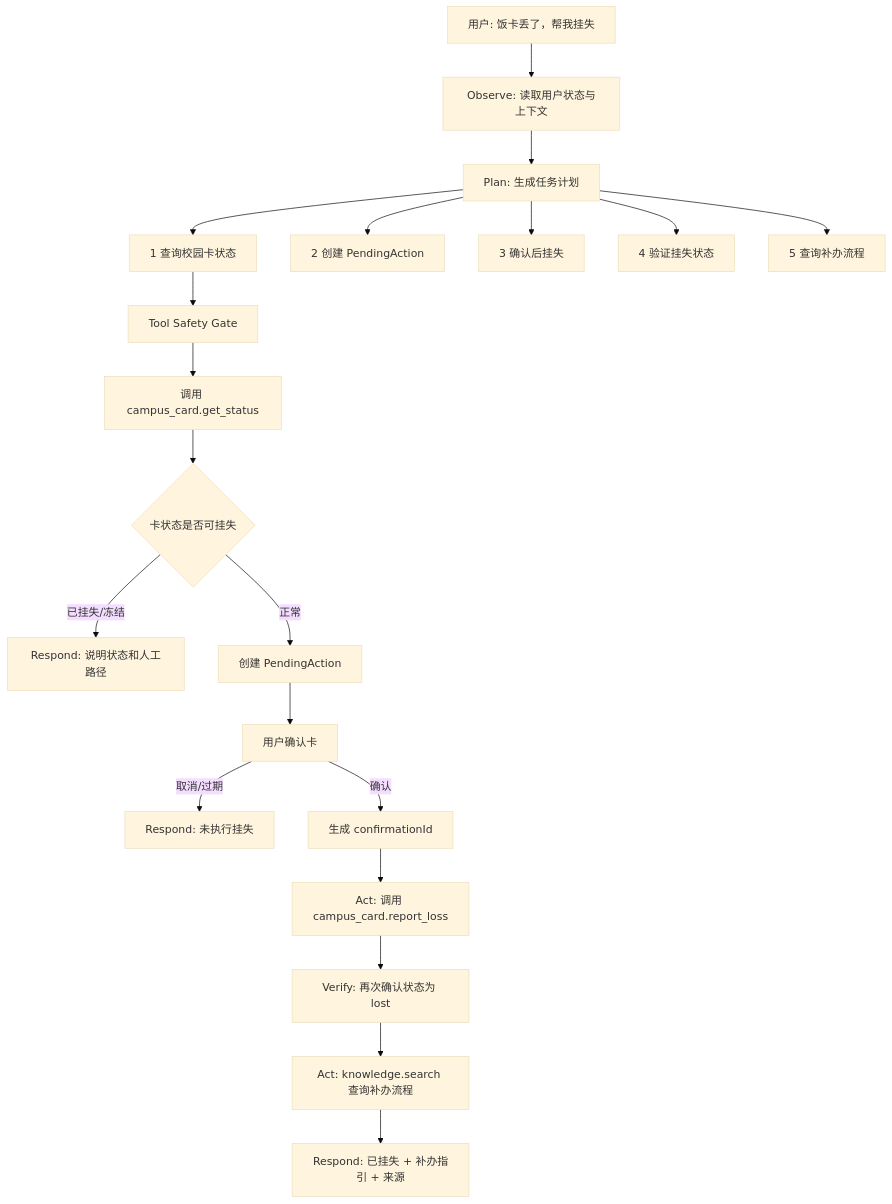
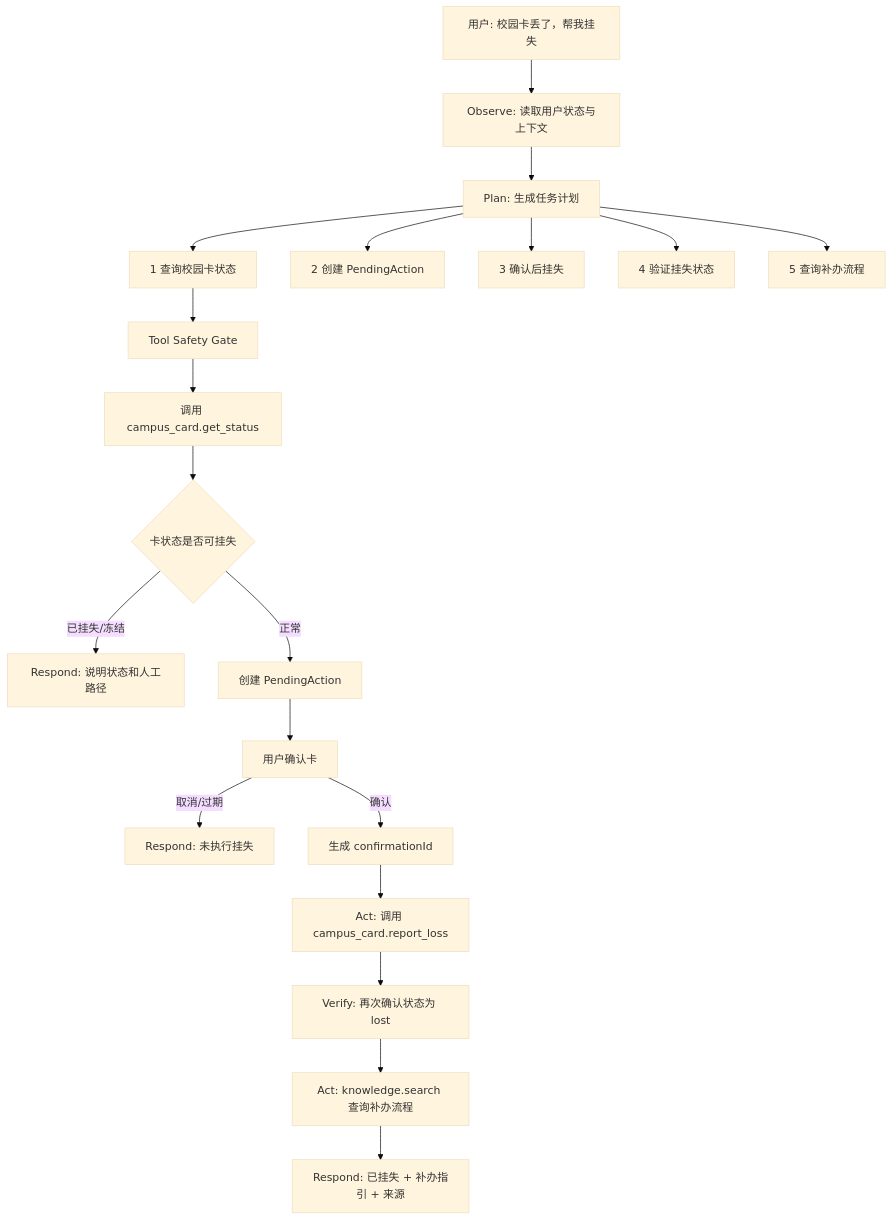
One commit to sotice/campus--agent changed the first of 3 diagrams in docs/PRD.md. Above: the diagram before and after it, drawn with Mermaid (base theme). The commit also changed other lines of this file and 7 other files, not shown here.

````diff
--- a/docs/PRD.md
+++ b/docs/PRD.md
@@ -196,23 +196,23 @@
 ```mermaid
 flowchart TD
-    A[用户: 饭卡丢了，帮我挂失] --> B[Observe: 读取用户状态与上下文]
+    A[用户: 校园卡丢了，帮我挂失] --> B[Observe: 读取用户状态与上下文]
     B --> C[Plan: 生成任务计划]
     C --> C1[1 查询校园卡状态]
     C --> C2[2 创建 PendingAction]
     C --> C3[3 确认后挂失]
     C --> C4[4 验证挂失状态]
     C --> C5[5 查询补办流程]
 
     C1 --> D[Tool Safety Gate]
     D --> E[调用 campus_card.get_status]
     E --> F{卡状态是否可挂失}
     F -- 已挂失/冻结 --> G[Respond: 说明状态和人工路径]
     F -- 正常 --> H[创建 PendingAction]
     H --> I[用户确认卡]
     I -- 取消/过期 --> J[Respond: 未执行挂失]
     I -- 确认 --> K[生成 confirmationId]
     K --> L[Act: 调用 campus_card.report_loss]
     L --> M[Verify: 再次确认状态为 lost]
     M --> N[Act: knowledge.search 查询补办流程]
     N --> O[Respond: 已挂失 + 补办指引 + 来源]
 ```
````
